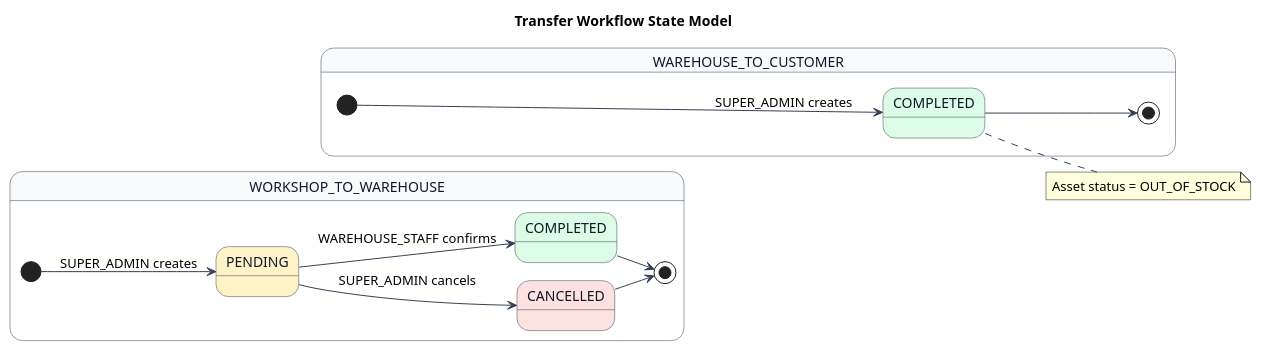
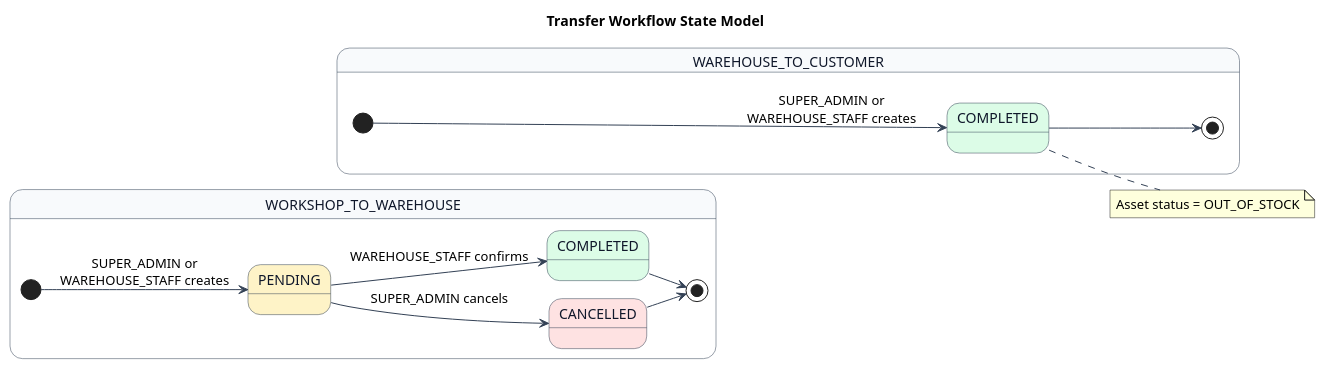
One commit to Tuoi-SE/rfid-app changed the diagram in docs/diagrams/transfer-workflow-state-model.puml. Above: the diagram before and after it, drawn with PlantUML. The commit also changed 5 other files, not shown here.

First line of the commit message:
fix: AdminGuard blocks SUPER_ADMIN access

```diff
--- a/docs/diagrams/transfer-workflow-state-model.puml
+++ b/docs/diagrams/transfer-workflow-state-model.puml
@@ -1,38 +1,38 @@
 @startuml
 title Transfer Workflow State Model
 left to right direction
 
 skinparam shadowing false
 skinparam backgroundColor white
 skinparam defaultFontName Arial
 skinparam state {
   BackgroundColor #F8FAFC
   BorderColor #334155
   ArrowColor #334155
   FontColor #0F172A
 }
 
 state "WORKSHOP_TO_WAREHOUSE" as WORKSHOP_TO_WAREHOUSE {
   state "PENDING" as W2W_PENDING #FEF3C7
   state "COMPLETED" as W2W_COMPLETED #DCFCE7
   state "CANCELLED" as W2W_CANCELLED #FEE2E2
 
-  [*] --> W2W_PENDING : SUPER_ADMIN creates
+  [*] --> W2W_PENDING : SUPER_ADMIN or\nWAREHOUSE_STAFF creates
   W2W_PENDING --> W2W_COMPLETED : WAREHOUSE_STAFF confirms
   W2W_PENDING --> W2W_CANCELLED : SUPER_ADMIN cancels
   W2W_COMPLETED --> [*]
   W2W_CANCELLED --> [*]
 }
 
 state "WAREHOUSE_TO_CUSTOMER" as WAREHOUSE_TO_CUSTOMER {
   state "COMPLETED" as W2C_COMPLETED #DCFCE7
 
-  [*] --> W2C_COMPLETED : SUPER_ADMIN creates
+  [*] --> W2C_COMPLETED : SUPER_ADMIN or\nWAREHOUSE_STAFF creates
   W2C_COMPLETED --> [*]
 }
 
 note right of W2C_COMPLETED
 Asset status = OUT_OF_STOCK
 end note
 
 @enduml
```
